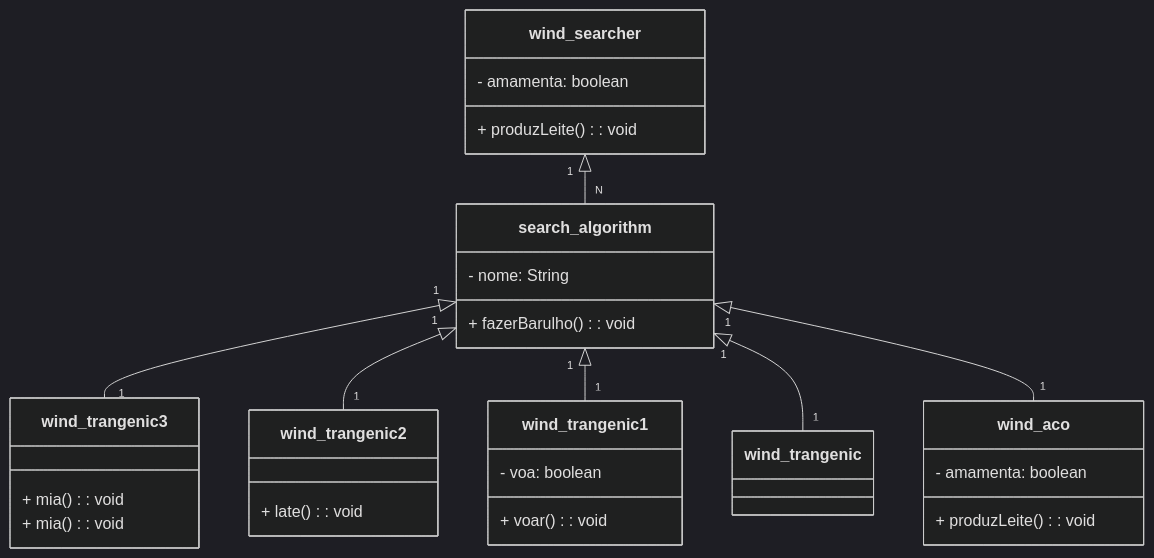
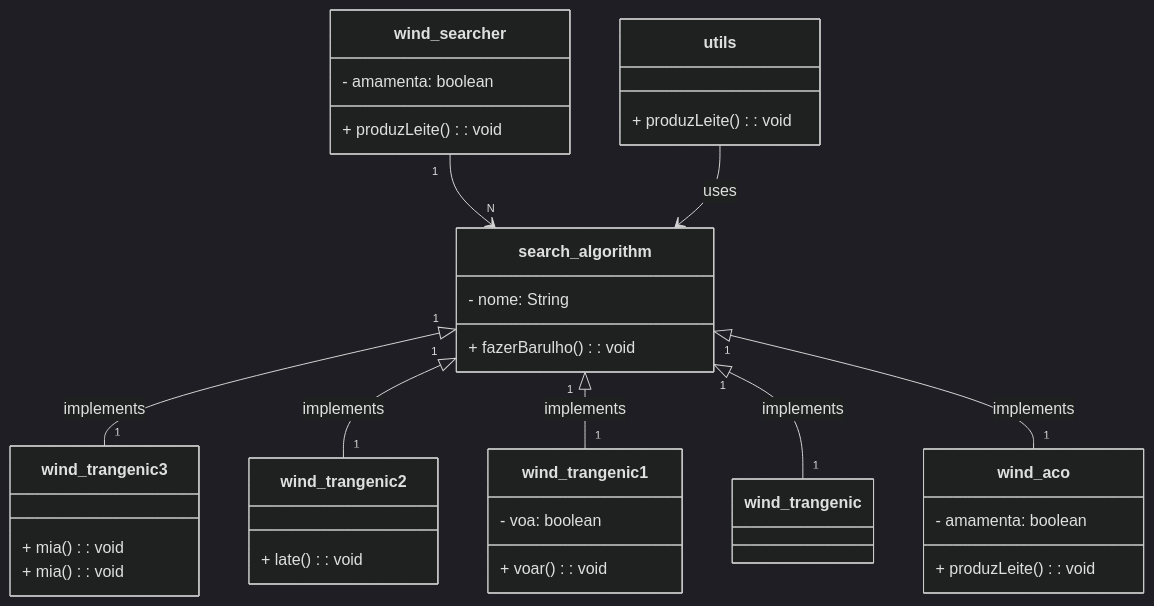
One commit to FernandoSchett/wamuu changed the diagram in docs/uml.md. Above: the diagram before and after it, drawn with Mermaid (dark theme).

Commit message:
[DOCS]: uml realtions updatezd

````diff
--- a/docs/uml.md
+++ b/docs/uml.md
@@ -5,42 +5,47 @@
 ```mermaid
 classDiagram
 
   class search_algorithm {
     - nome: String
     + fazerBarulho(): void
   }
 
   class wind_aco {
     - amamenta: boolean
     + produzLeite(): void
   }
 
   class wind_trangenic1{
     - voa: boolean
     + voar(): void
   }
 
   class wind_trangenic2{
     + late(): void
   }
 
   class wind_trangenic3{
     + mia(): void
   }
 
   class wind_trangenic3{
     + mia(): void
   }
 
   class wind_searcher {
     - amamenta: boolean
     + produzLeite(): void
   }
 
-  search_algorithm "1" <|-- "1" wind_trangenic3
-  search_algorithm "1" <|-- "1" wind_trangenic2
-  search_algorithm "1" <|-- "1" wind_trangenic1
-  search_algorithm "1" <|-- "1" wind_trangenic
-  search_algorithm "1" <|-- "1" wind_aco
-  wind_searcher "1" <|-- "N" search_algorithm
+  class utils {
+    + produzLeite(): void
+  }
+
+  search_algorithm "1" <|-- "1" wind_trangenic3: implements
+  search_algorithm "1" <|-- "1" wind_trangenic2: implements 
+  search_algorithm "1" <|-- "1" wind_trangenic1: implements
+  search_algorithm "1" <|-- "1" wind_trangenic: implements
+  search_algorithm "1" <|-- "1" wind_aco: implements
+  wind_searcher "1" --> "N" search_algorithm:  
+  utils --> search_algorithm: uses
 ```
````
